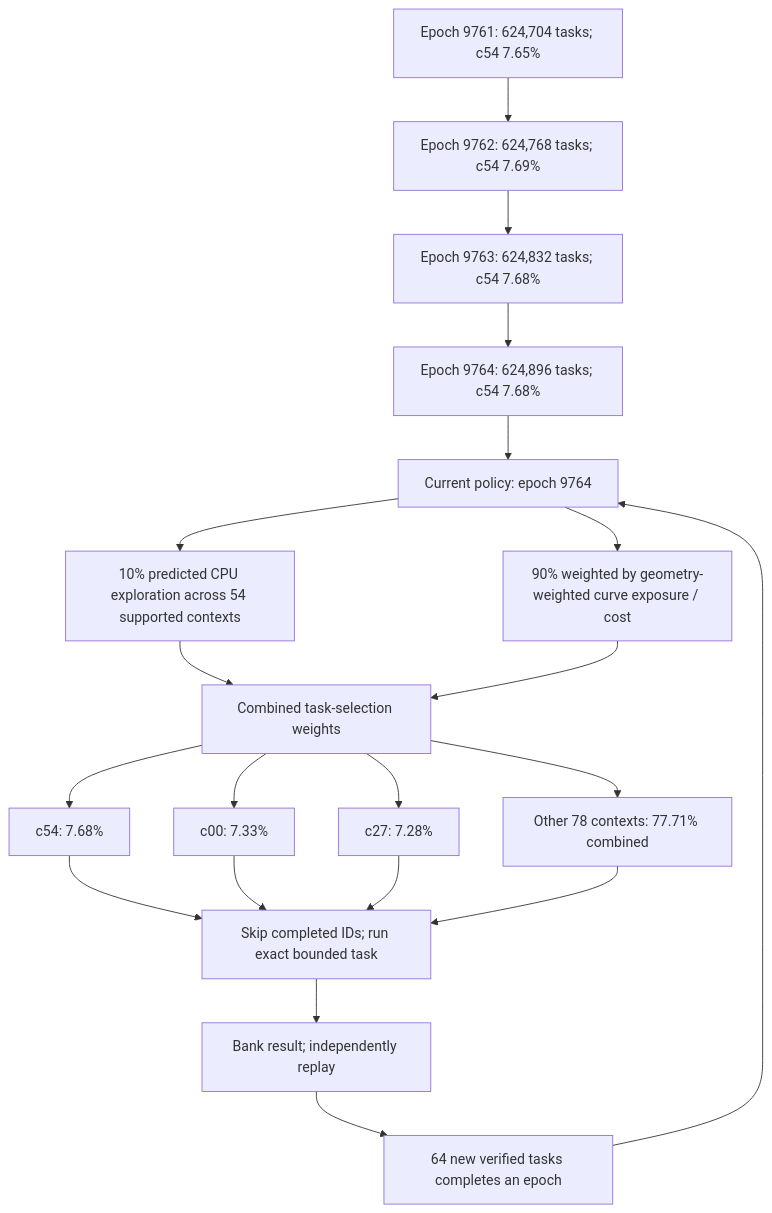
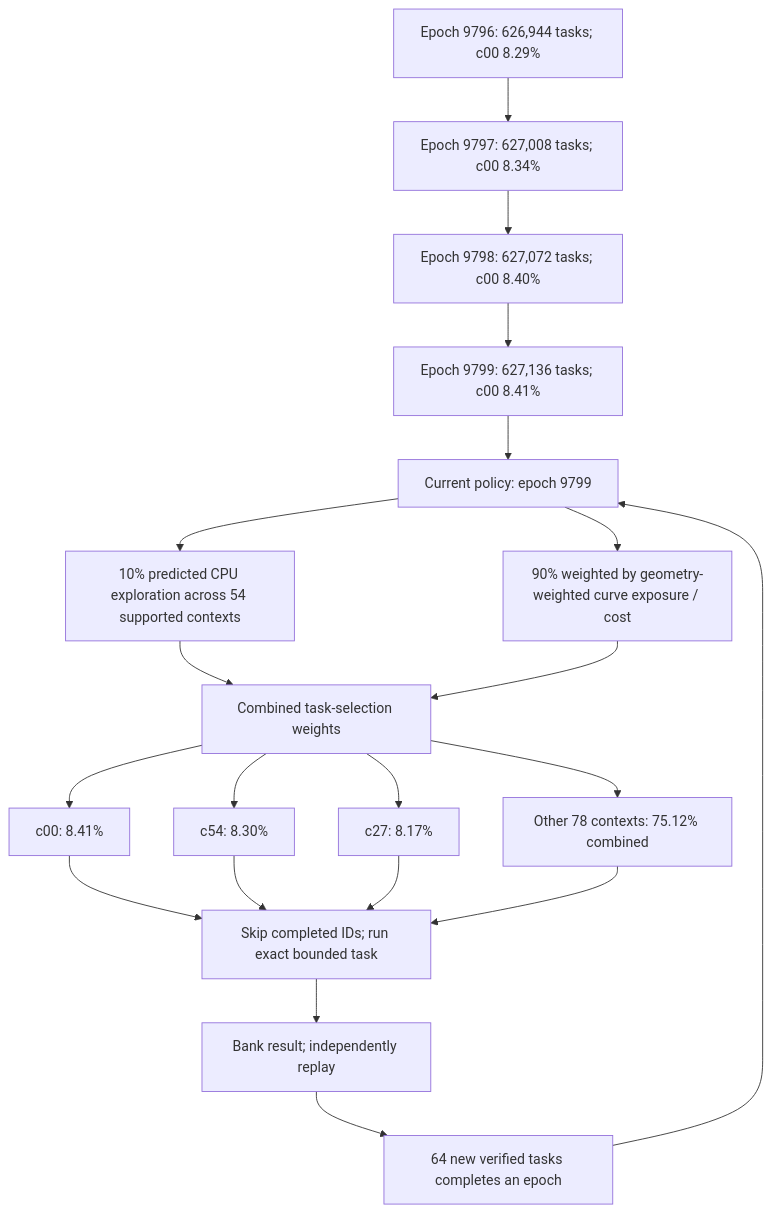
The first of 4 diagrams in README.md (Kuberwastaken/math-gambling), drawn with Mermaid before and after one commit. The commit also changed other lines of this file and 4573 other files, not shown here.

````diff
--- a/README.md
+++ b/README.md
@@ -60,27 +60,27 @@
 ```mermaid
 flowchart TD
-    H0["Epoch 9761: 624,704 tasks; c54 7.65%"]
-    H1["Epoch 9762: 624,768 tasks; c54 7.69%"]
+    H0["Epoch 9796: 626,944 tasks; c00 8.29%"]
+    H1["Epoch 9797: 627,008 tasks; c00 8.34%"]
     H0 --> H1
-    H2["Epoch 9763: 624,832 tasks; c54 7.68%"]
+    H2["Epoch 9798: 627,072 tasks; c00 8.40%"]
     H1 --> H2
-    H3["Epoch 9764: 624,896 tasks; c54 7.68%"]
+    H3["Epoch 9799: 627,136 tasks; c00 8.41%"]
     H2 --> H3
-    Policy["Current policy: epoch 9764"]
+    Policy["Current policy: epoch 9799"]
     H3 --> Policy
     Policy --> Explore["10% predicted CPU exploration across 54 supported contexts"]
     Policy --> Cost["90% weighted by geometry-weighted curve exposure / cost"]
     Explore --> Mix["Combined task-selection weights"]
     Cost --> Mix
-    Mix --> C0["c54: 7.68%"]
-    Mix --> C1["c00: 7.33%"]
-    Mix --> C2["c27: 7.28%"]
-    Mix --> Rest["Other 78 contexts: 77.71% combined"]
+    Mix --> C0["c00: 8.41%"]
+    Mix --> C1["c54: 8.30%"]
+    Mix --> C2["c27: 8.17%"]
+    Mix --> Rest["Other 78 contexts: 75.12% combined"]
     C0 --> Check["Skip completed IDs; run exact bounded task"]
     C1 --> Check
     C2 --> Check
     Rest --> Check
     Check --> Replay["Bank result; independently replay"]
     Replay --> Gate["64 new verified tasks completes an epoch"]
     Gate --> Policy
 ```
````
